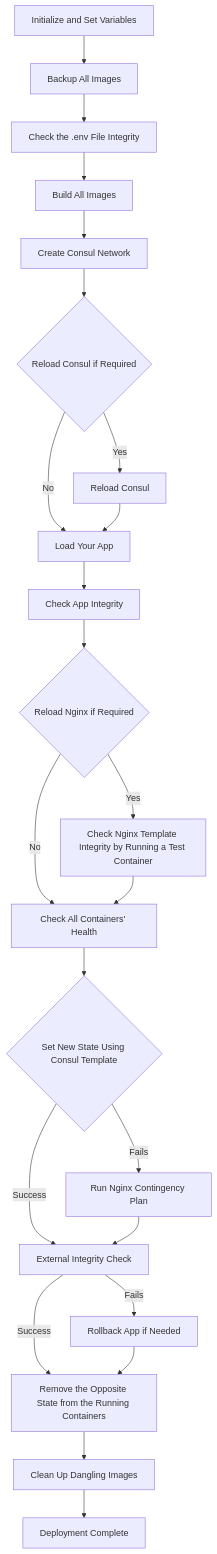
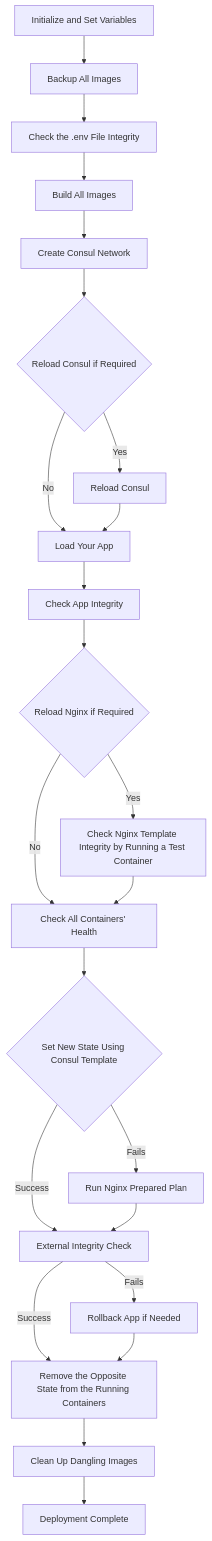
The diagram in README.md (patternhelloworld/docker-blue-green-runner), drawn with Mermaid before and after one commit. The commit also changed other lines of this file and 35 other files, not shown here.

````diff
--- a/README.md
+++ b/README.md
@@ -94,26 +93,26 @@
 ```mermaid
 graph TD;
   A[Initialize and Set Variables] --> B[Backup All Images]
   B --> C[Check the .env File Integrity]
   C --> D[Build All Images]
   D --> E[Create Consul Network]
   E --> F{Reload Consul if Required}
   F -- Yes --> G[Reload Consul]
   F -- No --> H[Load Your App]
   G --> H[Load Your App]
   H --> I[Check App Integrity]
   I --> J{Reload Nginx if Required}
   J -- Yes --> K[Check Nginx Template Integrity by Running a Test Container]
   J -- No --> L[Check All Containers' Health]
   K --> L[Check All Containers' Health]
   L --> M{Set New State Using Consul Template}
-  M -- Fails --> O[Run Nginx Contingency Plan]
+  M -- Fails --> O[Run Nginx Prepared Plan]
   M -- Success --> N[External Integrity Check]
   O --> N[External Integrity Check]
   N -- Fails --> P[Rollback App if Needed]
   N -- Success --> Q["Remove the Opposite State (Blue or Green) from the Running Containers"]
   P --> Q["Remove the Opposite State from the Running Containers"]
   Q --> R[Clean Up Dangling Images]
   R --> S[Deployment Complete]
 
 ```
````
